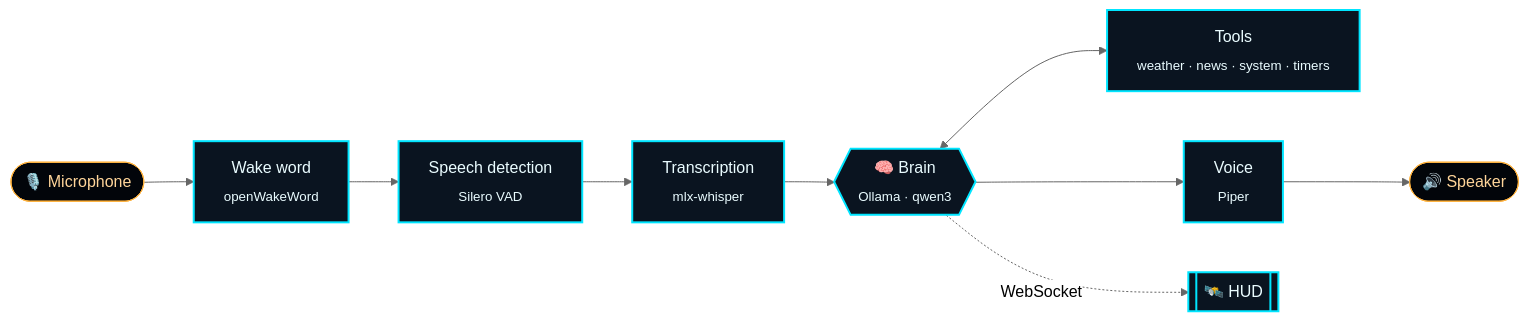
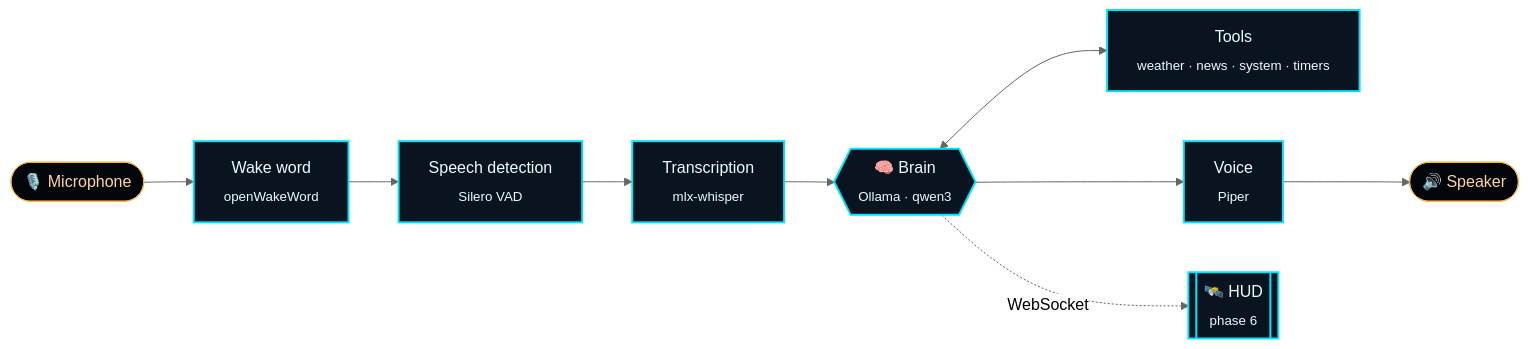
One commit to MichelleBudri/my-jarvis changed the diagram in README.md. Above: the diagram before and after it, drawn with Mermaid (neutral theme). The commit also changed other lines of this file, not shown here.

Commit message:
feat: update README for phase 5 and add HUD details for phase 6

````diff
--- a/README.md
+++ b/README.md
@@ -57,17 +57,17 @@
 ```mermaid
 flowchart LR
     MIC(["🎙️ Microphone"]) --> WAKE["Wake word<br/><sub>openWakeWord</sub>"]
     WAKE --> VAD["Speech detection<br/><sub>Silero VAD</sub>"]
     VAD --> STT["Transcription<br/><sub>mlx-whisper</sub>"]
     STT --> LLM{{"🧠 Brain<br/><sub>Ollama · qwen3</sub>"}}
     LLM <--> TOOLS["Tools<br/><sub>weather · news · system · timers</sub>"]
     LLM --> TTS["Voice<br/><sub>Piper</sub>"]
     TTS --> SPK(["🔊 Speaker"])
-    LLM -. WebSocket .-> HUD[["🛰️ HUD"]]
+    LLM -. WebSocket .-> HUD[["🛰️ HUD<br/><sub>phase 6</sub>"]]
 
     classDef core fill:#0a1420,stroke:#00e5ff,color:#eafcff,stroke-width:2px
     classDef io fill:#02050a,stroke:#ffb340,color:#ffd59a
     class WAKE,VAD,STT,TOOLS,TTS,HUD core
     class LLM core
     class MIC,SPK io
 ```
````
